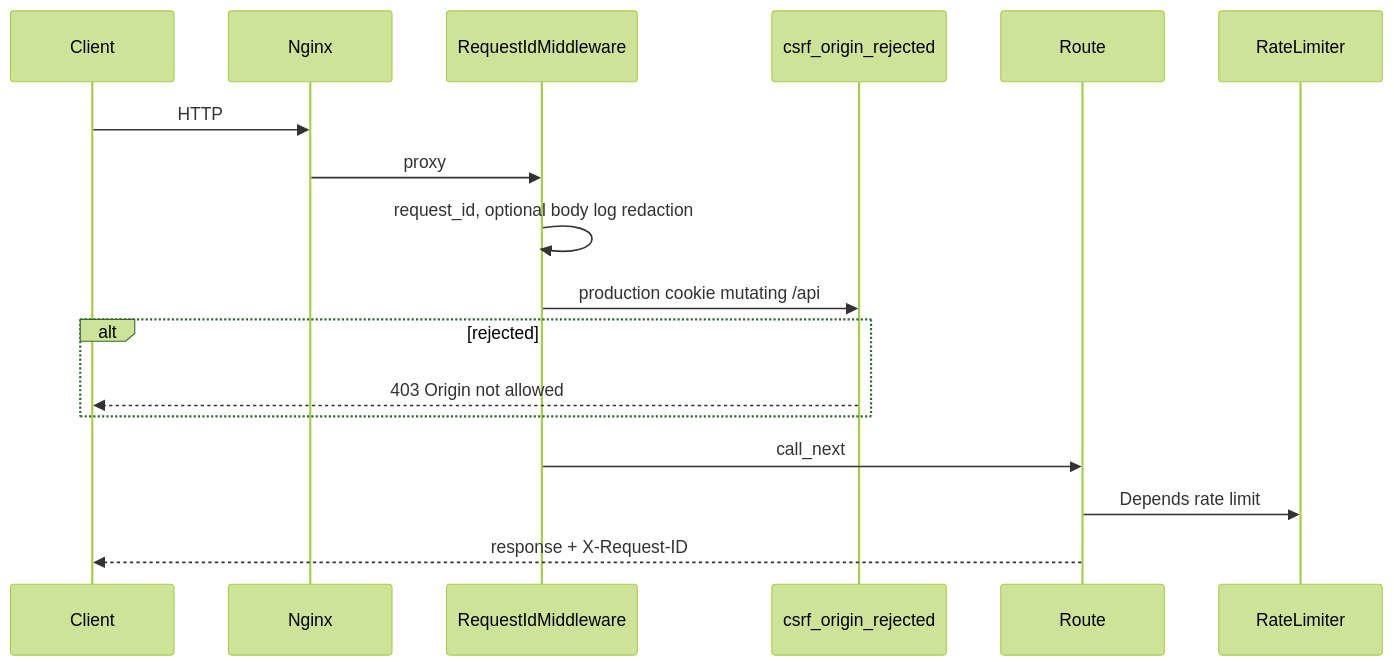
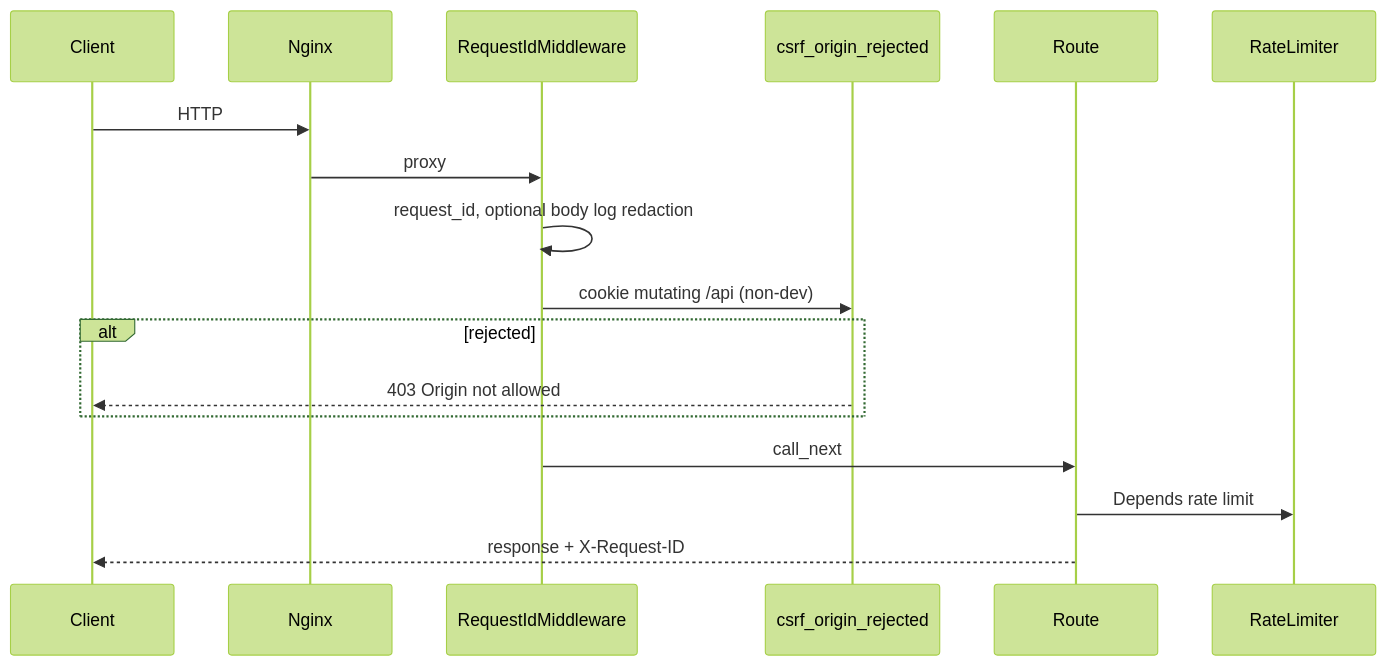
The diagram in docs/guide/architecture.md (GlebLOrange/personal-glorng), drawn with Mermaid (forest theme) before and after one commit. The commit also changed other lines of this file and 39 other files, not shown here.

First line of the commit message:
Harden backend architecture review follow-ups (#347)

````diff
--- a/docs/guide/architecture.md
+++ b/docs/guide/architecture.md
@@ -64,20 +64,20 @@
 ```mermaid
 sequenceDiagram
   participant Client
   participant Nginx
   participant Middleware as RequestIdMiddleware
   participant CSRF as csrf_origin_rejected
   participant Route
   participant Redis as RateLimiter
 
   Client->>Nginx: HTTP
   Nginx->>Middleware: proxy
   Middleware->>Middleware: request_id, optional body log redaction
-  Middleware->>CSRF: production cookie mutating /api
+  Middleware->>CSRF: cookie mutating /api (non-dev)
   alt rejected
     CSRF-->>Client: 403 Origin not allowed
   end
   Middleware->>Route: call_next
   Route->>Redis: Depends rate limit
   Route-->>Client: response + X-Request-ID
 ```
````
